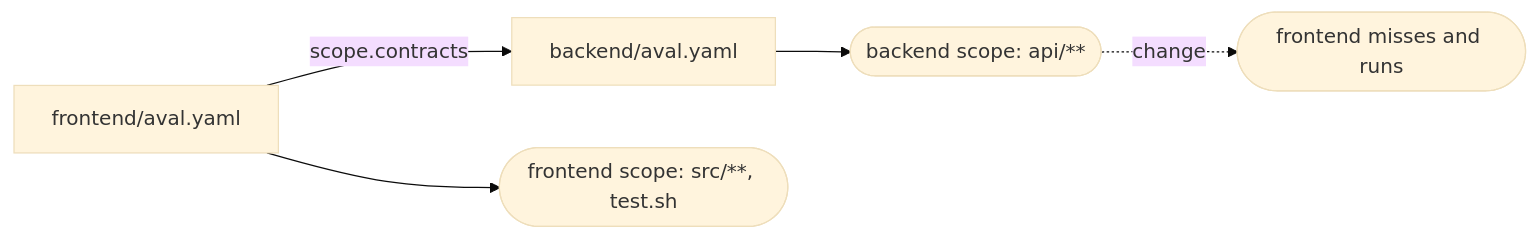
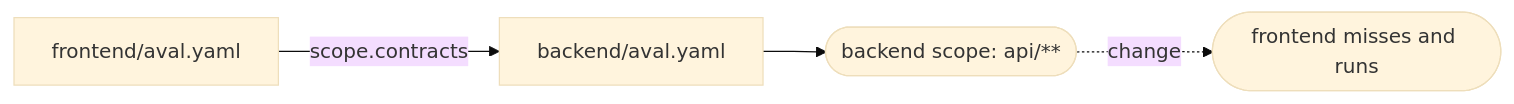
The diagram in docs/guides/depend-on-a-contract.md (TrianaLab/aval), drawn with Mermaid (base theme) before and after one commit. The commit also changed other lines of this file and 151 other files, not shown here.

````diff
--- a/docs/guides/depend-on-a-contract.md
+++ b/docs/guides/depend-on-a-contract.md
@@ -6,7 +6,6 @@
 ```mermaid
 flowchart LR
   f[frontend/aval.yaml] -- scope.contracts --> b[backend/aval.yaml]
   b --> bs(["backend scope: api/**"])
-  f --> fs(["frontend scope: src/**, test.sh"])
   bs -. change .-> miss([frontend misses and runs]):::err
 ```
````
